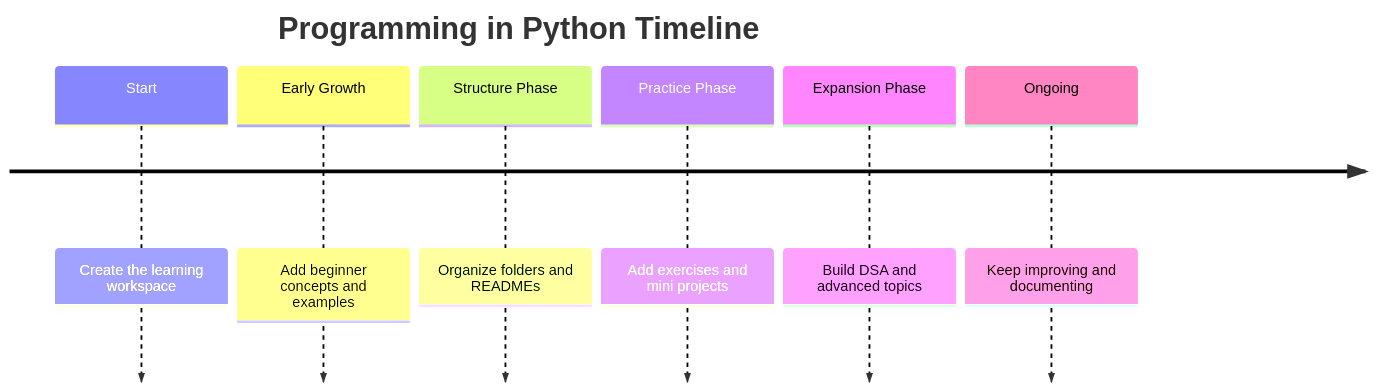
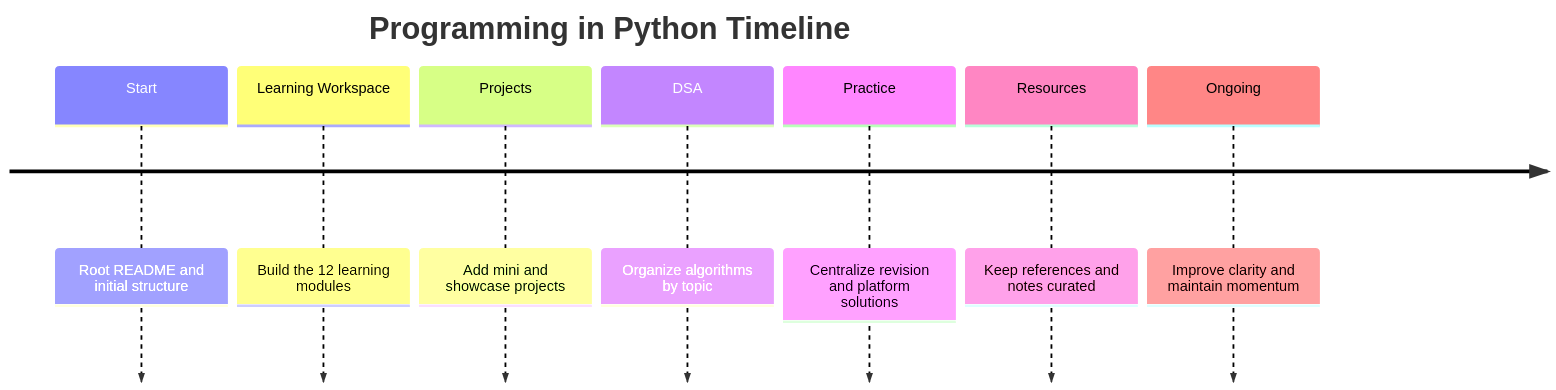
The seventh of 8 diagrams in README.md (ArnavRajDas/Programming-in-Python), drawn with Mermaid before and after one commit. The commit also changed other lines of this file and 1 other file, not shown here.

Commit message:
Redesign README structure and repository architecture and add Assets folder

````diff
--- a/README.md
+++ b/README.md
@@ -660,10 +458,11 @@
 ```mermaid
 timeline
 	title Programming in Python Timeline
-	Start : Create the learning workspace
-	Early Growth : Add beginner concepts and examples
-	Structure Phase : Organize folders and READMEs
-	Practice Phase : Add exercises and mini projects
-	Expansion Phase : Build DSA and advanced topics
-	Ongoing : Keep improving and documenting
+	Start : Root README and initial structure
+	Learning Workspace : Build the 12 learning modules
+	Projects : Add mini and showcase projects
+	DSA : Organize algorithms by topic
+	Practice : Centralize revision and platform solutions
+	Resources : Keep references and notes curated
+	Ongoing : Improve clarity and maintain momentum
 ```
````
